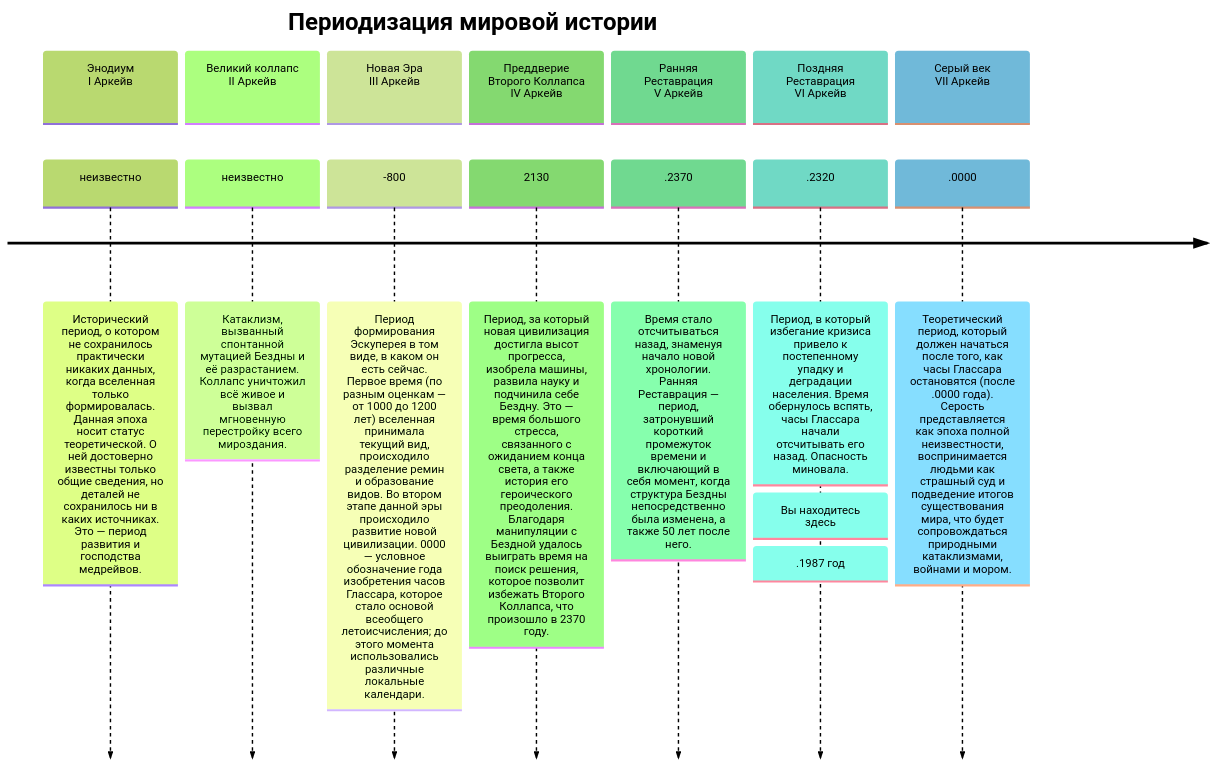
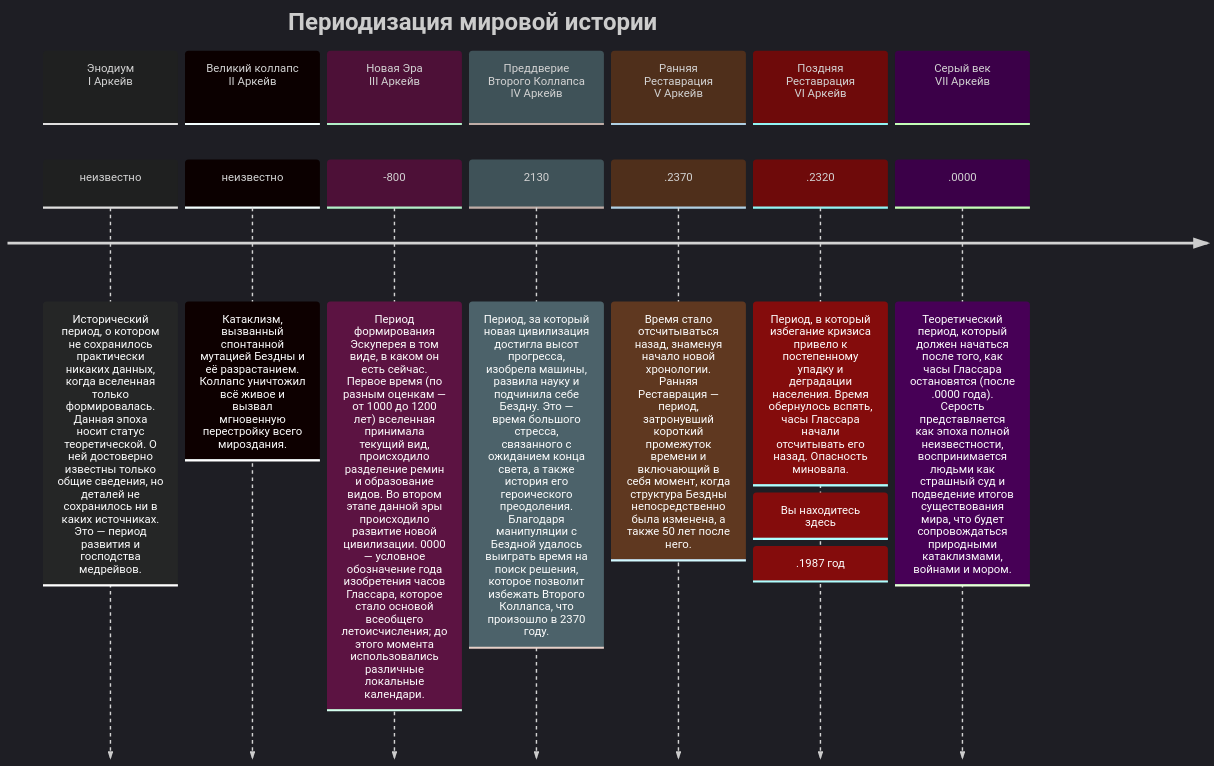
One commit to Remain-Nameless/Escupereum changed the diagram in content/Суслик.md. Above: the diagram before and after it, drawn with Mermaid. The commit also changed other lines of this file and 2 other files, not shown here.

Commit message:
vault backup: 2025-12-18 17:45:04

````diff
--- a/content/Суслик.md
+++ b/content/Суслик.md
@@ -6,23 +6,23 @@
 ```mermaid
 ---
 config:
   logLevel: 'debug'
-  theme: 'forest'
+  theme: 'dark'
 ---
 timeline
     title Периодизация мировой истории
     section Энодиум <br> I Аркейв
         неизвестно : Исторический период, о котором не сохранилось практически никаких данных, когда вселенная только формировалась. Данная эпоха носит статус теоретической. О ней достоверно известны только общие сведения, но деталей не сохранилось ни в каких источниках. Это — период развития и господства медрейвов. 
     section Великий коллапс <br> II Аркейв
 	    неизвестно : Катаклизм, вызванный спонтанной мутацией Бездны и её разрастанием. Коллапс уничтожил всё живое и вызвал мгновенную перестройку всего мироздания.
 	section Новая Эра <br> III Аркейв
 		-800 : Период формирования Эскуперея в том виде, в каком он есть сейчас. Первое время (по разным оценкам — от 1000 до 1200 лет) вселенная принимала текущий вид, происходило разделение ремин и образование видов. Во втором этапе данной эры происходило развитие новой цивилизации. 0000 — условное обозначение года изобретения часов Глассара, которое стало основой всеобщего летоисчисления; до этого момента использовались различные локальные календари.
 	section Преддверие Второго Коллапса <br> IV Аркейв
 		2130 : Период, за который новая цивилизация достигла высот прогресса, изобрела машины, развила науку и подчинила себе Бездну. Это — время большого стресса, связанного с ожиданием конца света, а также история его героического преодоления. Благодаря манипуляции с Бездной удалось выиграть время на поиск решения, которое позволит избежать Второго Коллапса, что произошло в 2370 году.
 	section Ранняя Реставрация <br> V Аркейв
 		.2370 : Время стало отсчитываться назад, знаменуя начало новой хронологии. Ранняя Реставрация — период, затронувший короткий промежуток времени и включающий в себя момент, когда структура Бездны непосредственно была изменена, а также 50 лет после него. 
 	section Поздняя Реставрация <br> VI Аркейв
 		.2320 : Период, в который избегание кризиса привело к постепенному упадку и деградации населения. Время обернулось вспять, часы Глассара начали отсчитывать его назад. Опасность миновала. : Вы находитесь здесь : .1987 год
 	section Серый век <br> VII Аркейв
 		.0000 : Теоретический период, который должен начаться после того, как часы Глассара остановятся (после .0000 года). Серость представляется как эпоха полной неизвестности, воспринимается людьми как страшный суд и подведение итогов существования мира, что будет сопровождаться природными катаклизмами, войнами и мором.
 ```
````
